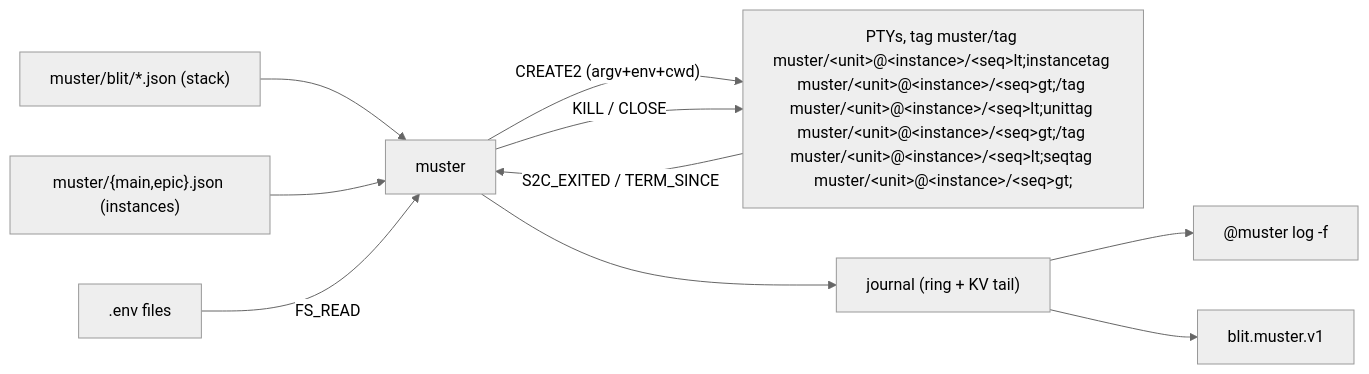
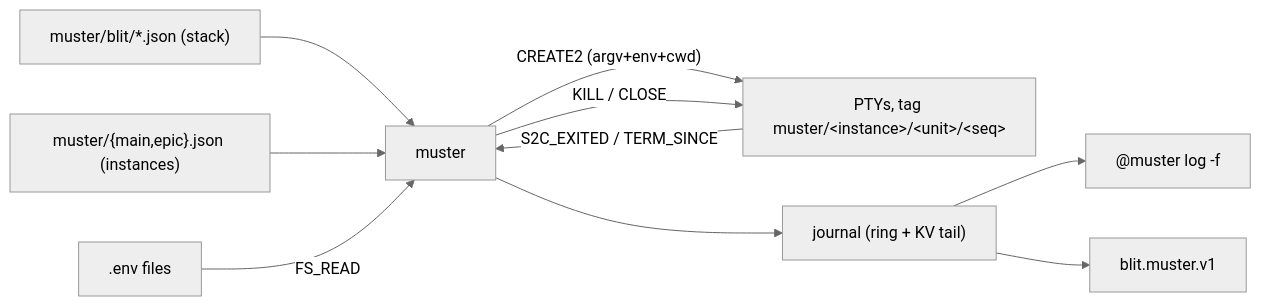
The diagram in docs/design/muster.md (indent-com/blit), drawn with Mermaid (neutral theme) before and after one commit.

Commit message:
Repair the tag in the diagram
An unescaped `&` in the replacement expanded to the whole match, so the
previous commit left the mermaid node holding six copies of itself.

````diff
--- a/docs/design/muster.md
+++ b/docs/design/muster.md
@@ -21,12 +21,12 @@
 ```mermaid
 flowchart LR
   S["muster/blit/*.json (stack)"] --> M[muster]
   I["muster/{main,epic}.json (instances)"] --> M
   E[".env files"] -->|FS_READ| M
-  M -->|"CREATE2 (argv+env+cwd)"| P["PTYs, tag muster/tag muster/&lt;unit&gt;@&lt;instance&gt;/&lt;seq&gt;lt;instancetag muster/&lt;unit&gt;@&lt;instance&gt;/&lt;seq&gt;gt;/tag muster/&lt;unit&gt;@&lt;instance&gt;/&lt;seq&gt;lt;unittag muster/&lt;unit&gt;@&lt;instance&gt;/&lt;seq&gt;gt;/tag muster/&lt;unit&gt;@&lt;instance&gt;/&lt;seq&gt;lt;seqtag muster/&lt;unit&gt;@&lt;instance&gt;/&lt;seq&gt;gt;"]
+  M -->|"CREATE2 (argv+env+cwd)"| P["PTYs, tag muster/&lt;instance&gt;/&lt;unit&gt;/&lt;seq&gt;"]
   M -->|KILL / CLOSE| P
   P -->|S2C_EXITED / TERM_SINCE| M
   M --> J["journal (ring + KV tail)"]
   J --> C["@muster log -f"]
   J --> B["blit.muster.v1"]
 ```
````
